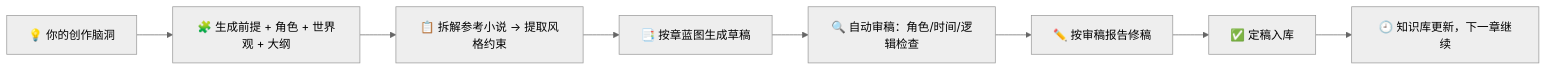
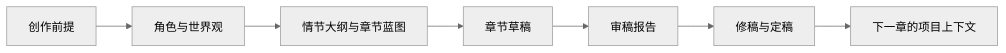
One commit to EthanYoQ/AI-Novel-Writer changed the diagram in README.md. Above: the diagram before and after it, drawn with Mermaid (neutral theme). The commit also changed other lines of this file and 37 other files, not shown here.

````diff
--- a/README.md
+++ b/README.md
@@ -60,10 +39,9 @@
 ```mermaid
 flowchart LR
-  A["💡 你的创作脑洞"] --> B["🧩 生成前提 + 角色 + 世界观 + 大纲"]
-  B --> C["📋 拆解参考小说 → 提取风格约束"]
-  C --> D["📑 按章蓝图生成草稿"]
-  D --> E["🔍 自动审稿：角色/时间/逻辑检查"]
-  E --> F["✏️ 按审稿报告修稿"]
-  F --> G["✅ 定稿入库"]
-  G --> H["🕘 知识库更新，下一章继续"]
+  A[创作前提] --> B[角色与世界观]
+  B --> C[情节大纲与章节蓝图]
+  C --> D[章节草稿]
+  D --> E[审稿报告]
+  E --> F[修稿与定稿]
+  F --> G[下一章的项目上下文]
 ```
````
